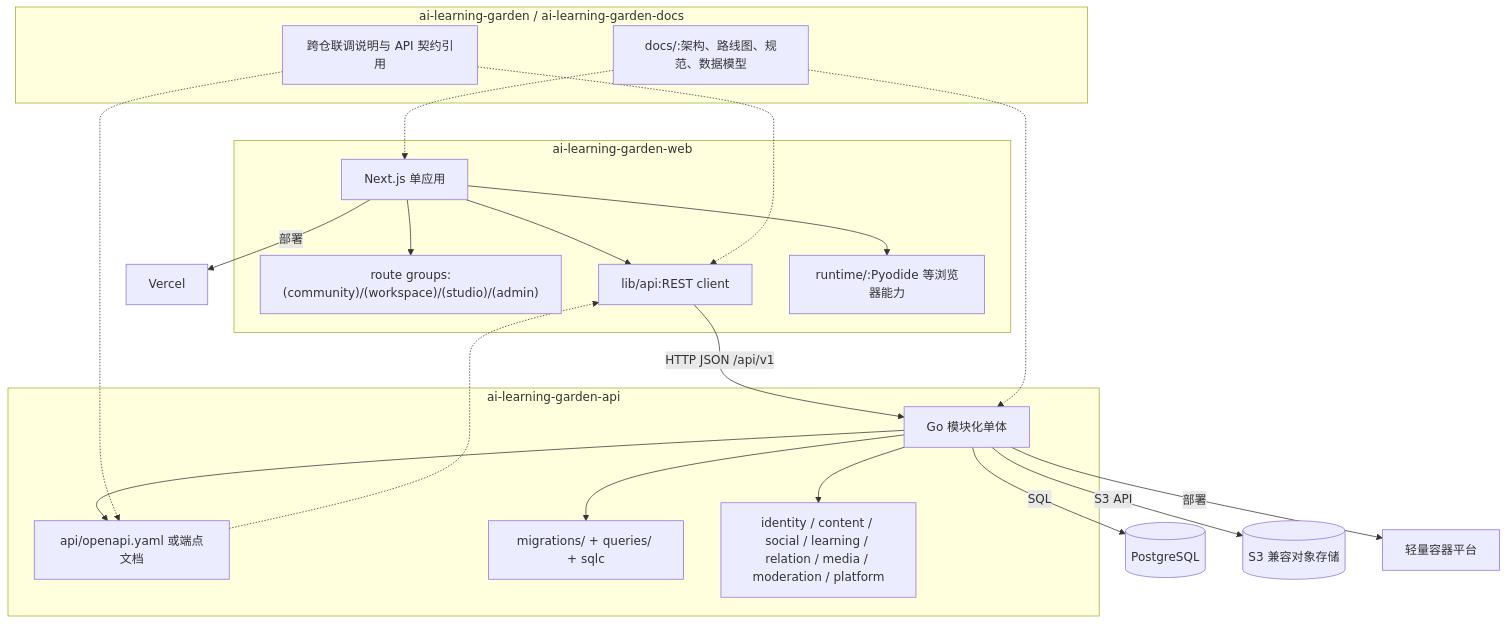
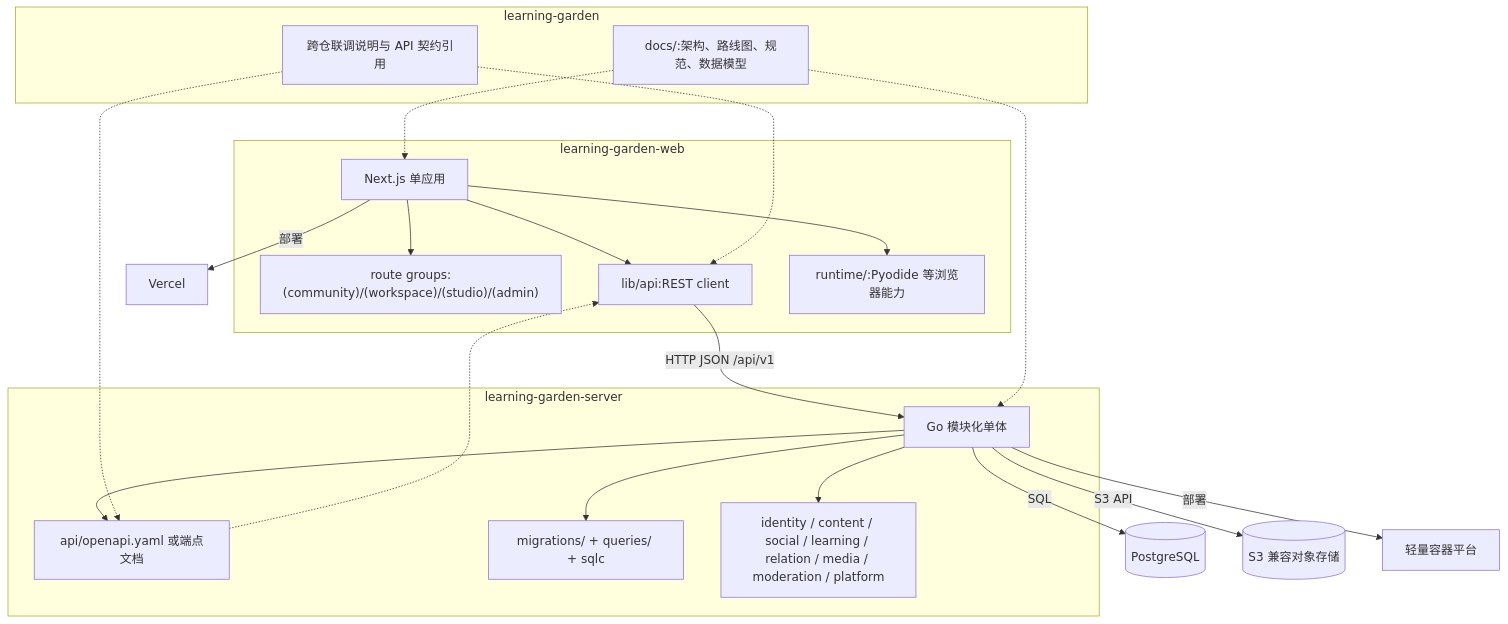
The first of 2 diagrams in docs/01-architecture.md (Telran26512/learning-garden), drawn with Mermaid before and after one commit. The commit also changed other lines of this file and 5 other files, not shown here.

````diff
--- a/docs/01-architecture.md
+++ b/docs/01-architecture.md
@@ -37,39 +37,39 @@
 ```mermaid
 flowchart TB
-    subgraph DocsRepo["ai-learning-garden / ai-learning-garden-docs"]
+    subgraph DocsRepo["learning-garden"]
         Docs["docs/:架构、路线图、规范、数据模型"]
         Setup["跨仓联调说明与 API 契约引用"]
     end
 
-    subgraph WebRepo["ai-learning-garden-web"]
+    subgraph WebRepo["learning-garden-web"]
         Web["Next.js 单应用"]
         Routes["route groups:(community)/(workspace)/(studio)/(admin)"]
         ApiClient["lib/api:REST client"]
         Runtime["runtime/:Pyodide 等浏览器能力"]
         Web --> Routes
         Web --> ApiClient
         Web --> Runtime
     end
 
-    subgraph ApiRepo["ai-learning-garden-api"]
+    subgraph ApiRepo["learning-garden-server"]
         Api["Go 模块化单体"]
         Contract["api/openapi.yaml 或端点文档"]
         Migrations["migrations/ + queries/ + sqlc"]
         Modules["identity / content / social / learning / relation / media / moderation / platform"]
         Api --> Modules
         Api --> Contract
         Api --> Migrations
     end
 
     ApiClient -->|"HTTP JSON /api/v1"| Api
     Contract -.-> ApiClient
     Docs -.-> Web
     Docs -.-> Api
     Setup -.-> ApiClient
     Setup -.-> Contract
 
     Api -->|"SQL"| Postgres[("PostgreSQL")]
     Api -->|"S3 API"| ObjectStorage[("S3 兼容对象存储")]
     Web -->|"部署"| Vercel["Vercel"]
     Api -->|"部署"| Container["轻量容器平台"]
 ```
````
